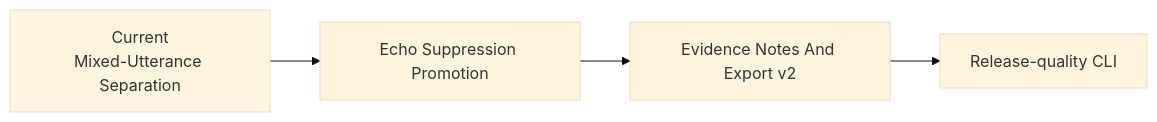
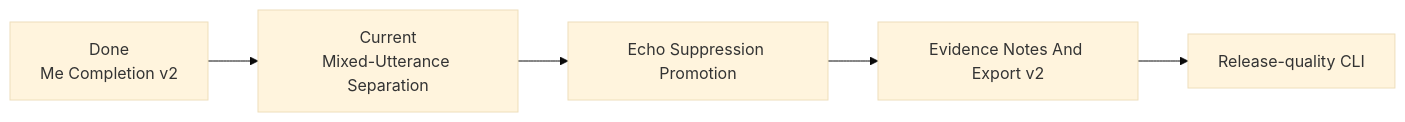
One commit to asukhodko/murmurmark changed the second of 4 diagrams in docs/roadmap/murmurmark-cli-roadmap.md. Above: the diagram before and after it, drawn with Mermaid (base theme). The commit also changed other lines of this file and 11 other files, not shown here.

````diff
--- a/docs/roadmap/murmurmark-cli-roadmap.md
+++ b/docs/roadmap/murmurmark-cli-roadmap.md
@@ -63,9 +69,10 @@
 ```mermaid
 flowchart LR
+    P["Done<br/>Me Completion v2"]
     A["Current<br/>Mixed-Utterance Separation"]
     B["Echo Suppression Promotion"]
     C["Evidence Notes And Export v2"]
     D["Release-quality CLI"]
 
-    A --> B --> C --> D
+    P --> A --> B --> C --> D
 ```
````
